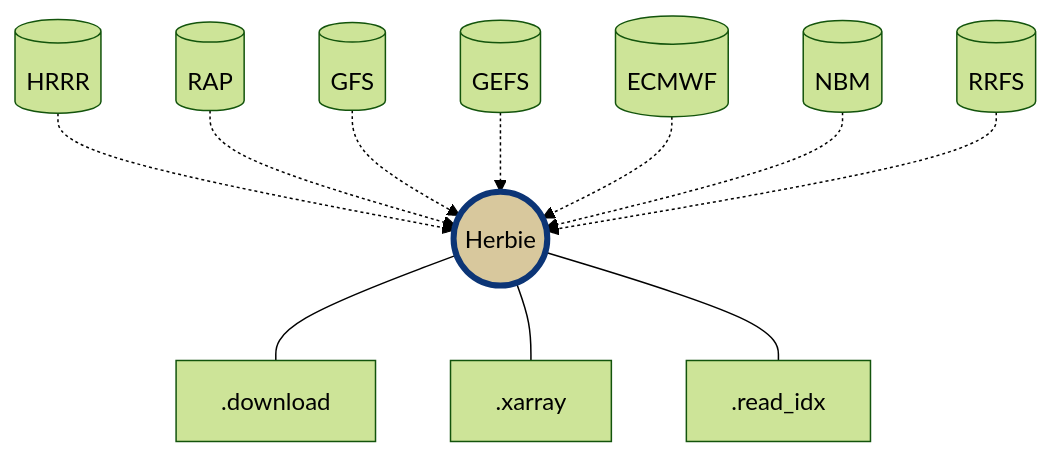
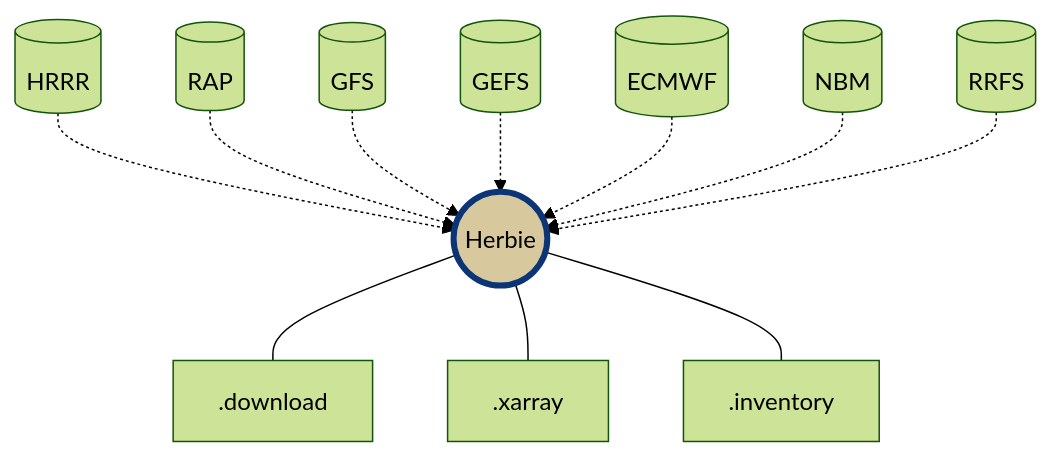
One commit to blaylockbk/Herbie changed the diagram in README.md. Above: the diagram before and after it, drawn with Mermaid (forest theme). The commit also changed 13 other files, not shown here.

Commit message:
renamed `read_idx` method to `inventory` Will remove `read_idx` in a future version.

````diff
--- a/README.md
+++ b/README.md
@@ -97,16 +97,16 @@
 ```mermaid
   graph TD;
       d1[(HRRR)] -.-> H
       d2[(RAP)] -.-> H
       d3[(GFS)] -.-> H
       d33[(GEFS)] -.-> H
       d4[(ECMWF)] -.-> H
       d5[(NBM)] -.-> H
       d6[(RRFS)] -.-> H
       H((Herbie))
       H --- .download
       H --- .xarray
-      H --- .read_idx
+      H --- .inventory
 
       style H fill:#d8c89d,stroke:#0c3576,stroke-width:4px,color:#000000
 ```
````
